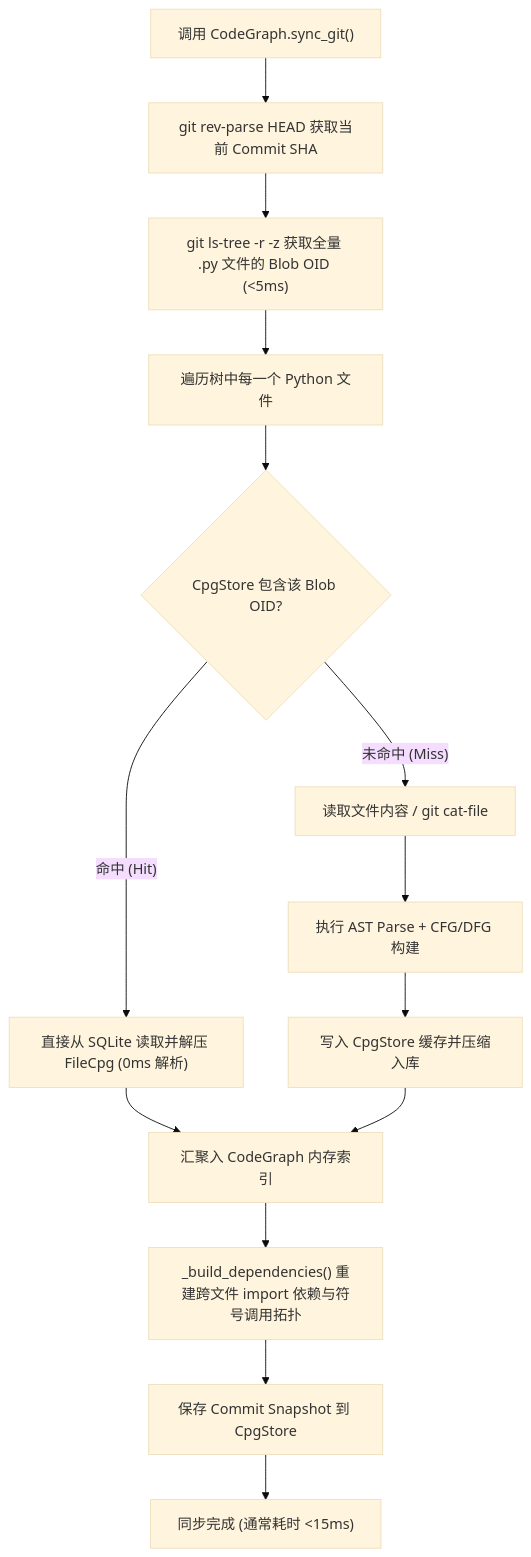
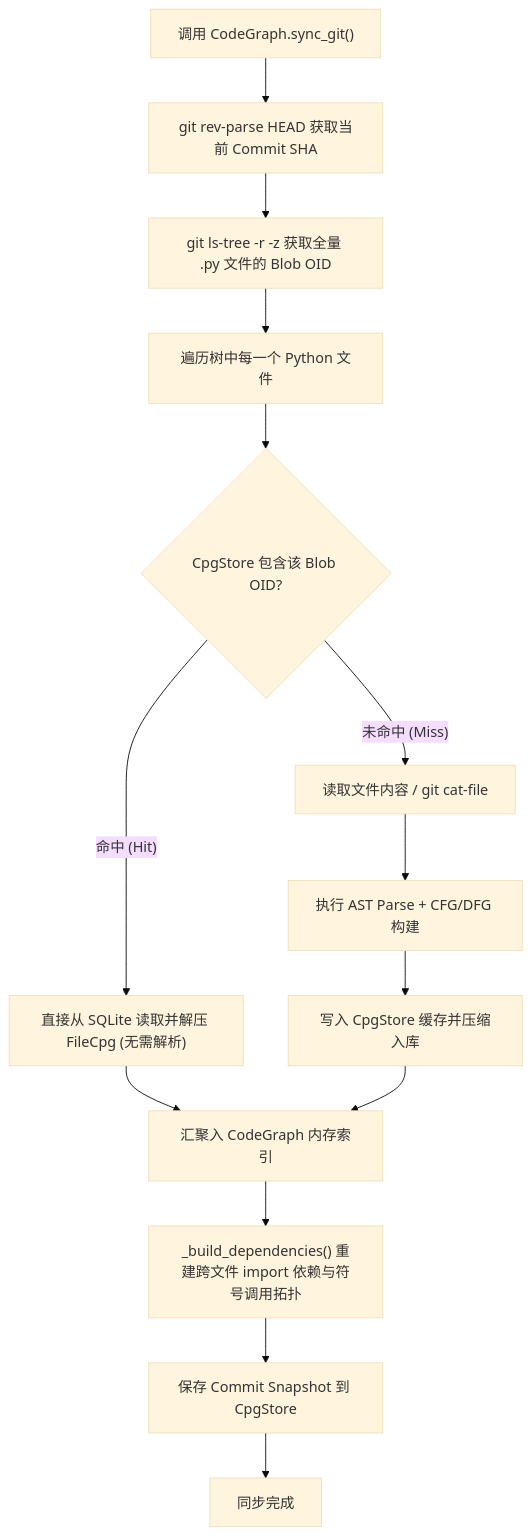
One commit to DaviDWCN/adk-dev-flow changed the diagram in docs/cpg-cas-architecture.md. Above: the diagram before and after it, drawn with Mermaid (base theme). The commit also changed other lines of this file and 1 other file, not shown here.

First line of the commit message:
docs(cpg): align README and architecture doc with measured CPG behaviour

````diff
--- a/docs/cpg-cas-architecture.md
+++ b/docs/cpg-cas-architecture.md
@@ -87,16 +89,16 @@
 ```mermaid
 flowchart TD
     Start["调用 CodeGraph.sync_git()"] --> RevParse["git rev-parse HEAD 获取当前 Commit SHA"]
-    RevParse --> LsTree["git ls-tree -r -z 获取全量 .py 文件的 Blob OID (&lt;5ms)"]
+    RevParse --> LsTree["git ls-tree -r -z 获取全量 .py 文件的 Blob OID"]
     LsTree --> Loop["遍历树中每一个 Python 文件"]
     Loop --> CheckCAS{"CpgStore 包含该 Blob OID?"}
-    CheckCAS -- "命中 (Hit)" --> Hit["直接从 SQLite 读取并解压 FileCpg (0ms 解析)"]
+    CheckCAS -- "命中 (Hit)" --> Hit["直接从 SQLite 读取并解压 FileCpg (无需解析)"]
     CheckCAS -- "未命中 (Miss)" --> Miss["读取文件内容 / git cat-file"]
     Miss --> Parse["执行 AST Parse + CFG/DFG 构建"]
     Parse --> PutCAS["写入 CpgStore 缓存并压缩入库"]
     Hit --> Merge["汇聚入 CodeGraph 内存索引"]
     PutCAS --> Merge
     Merge --> RebuildDeps["_build_dependencies() 重建跨文件 import 依赖与符号调用拓扑"]
     RebuildDeps --> Snapshot["保存 Commit Snapshot 到 CpgStore"]
-    Snapshot --> Done["同步完成 (通常耗时 &lt;15ms)"]
+    Snapshot --> Done["同步完成"]
 ```
````
